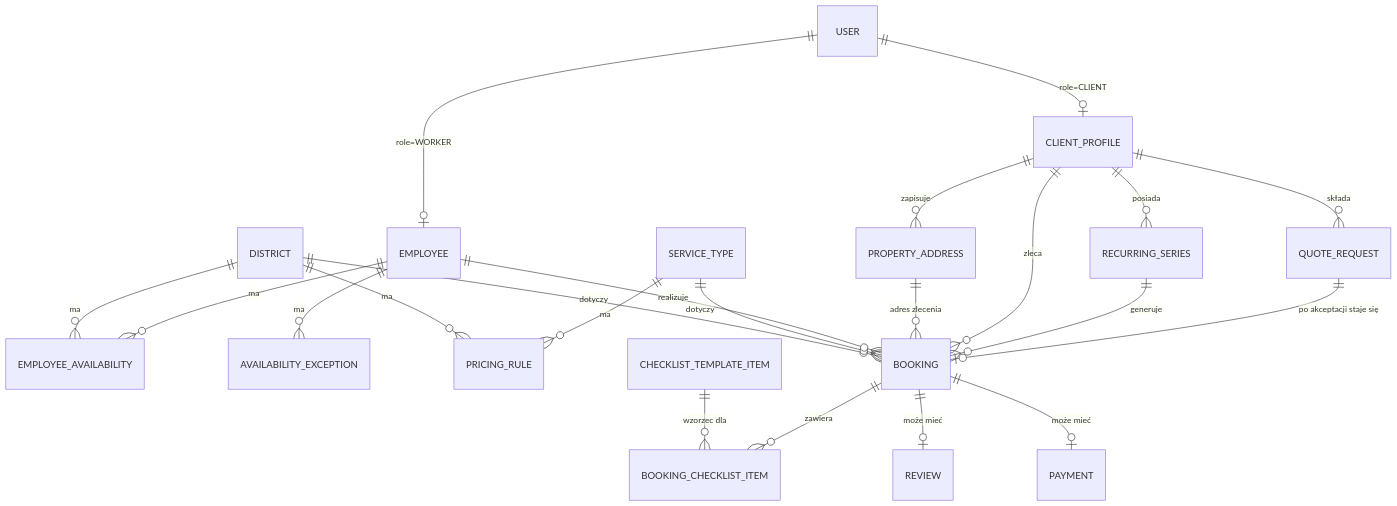
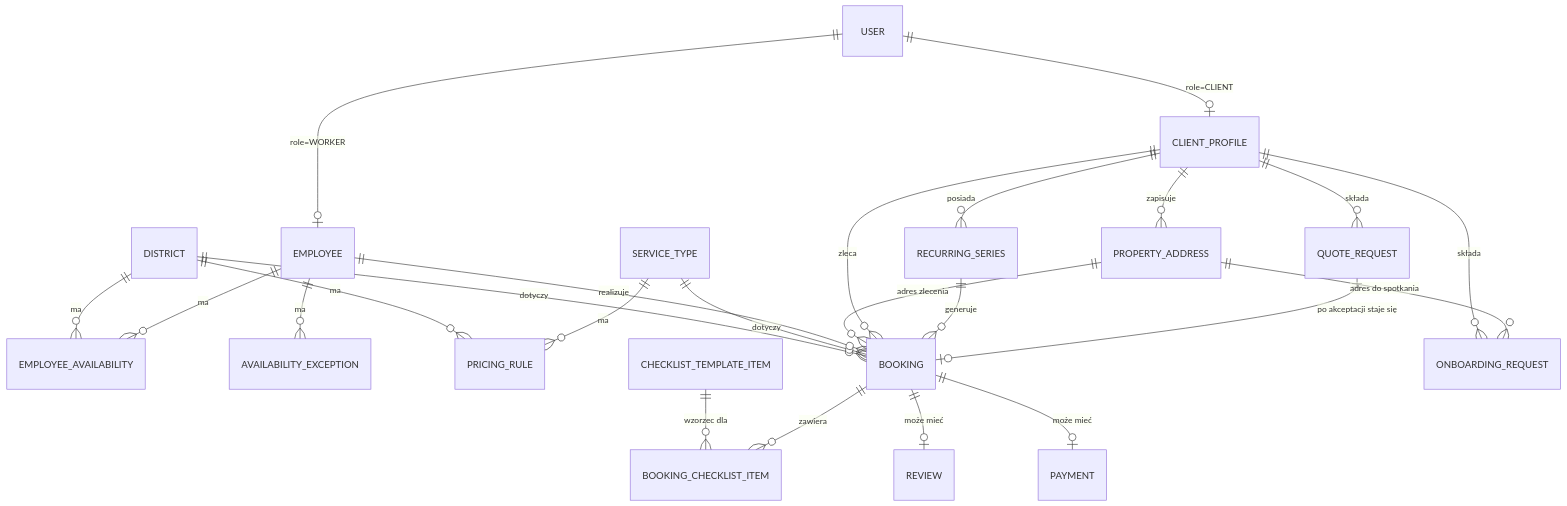
The diagram in ARCHITEKTURA.md (WojciechKolakowski/system_rezerwacji), drawn with Mermaid before and after one commit. The commit also changed other lines of this file and 3 other files, not shown here.

````diff
--- a/ARCHITEKTURA.md
+++ b/ARCHITEKTURA.md
@@ -32,24 +32,26 @@
 ```mermaid
 erDiagram
     USER ||--o| CLIENT_PROFILE : "role=CLIENT"
     USER ||--o| EMPLOYEE : "role=WORKER"
     CLIENT_PROFILE ||--o{ PROPERTY_ADDRESS : "zapisuje"
     DISTRICT ||--o{ EMPLOYEE_AVAILABILITY : "ma"
     EMPLOYEE ||--o{ EMPLOYEE_AVAILABILITY : "ma"
     EMPLOYEE ||--o{ AVAILABILITY_EXCEPTION : "ma"
     DISTRICT ||--o{ PRICING_RULE : "ma"
     SERVICE_TYPE ||--o{ PRICING_RULE : "ma"
     DISTRICT ||--o{ BOOKING : "dotyczy"
     SERVICE_TYPE ||--o{ BOOKING : "dotyczy"
     EMPLOYEE ||--o{ BOOKING : "realizuje"
     PROPERTY_ADDRESS ||--o{ BOOKING : "adres zlecenia"
     CLIENT_PROFILE ||--o{ BOOKING : "zleca"
     CLIENT_PROFILE ||--o{ RECURRING_SERIES : "posiada"
     RECURRING_SERIES ||--o{ BOOKING : "generuje"
     CHECKLIST_TEMPLATE_ITEM ||--o{ BOOKING_CHECKLIST_ITEM : "wzorzec dla"
     BOOKING ||--o{ BOOKING_CHECKLIST_ITEM : "zawiera"
     BOOKING ||--o| REVIEW : "może mieć"
     BOOKING ||--o| PAYMENT : "może mieć"
     QUOTE_REQUEST ||--o| BOOKING : "po akceptacji staje się"
     CLIENT_PROFILE ||--o{ QUOTE_REQUEST : "składa"
+    CLIENT_PROFILE ||--o{ ONBOARDING_REQUEST : "składa"
+    PROPERTY_ADDRESS ||--o{ ONBOARDING_REQUEST : "adres do spotkania"
 ```
````
